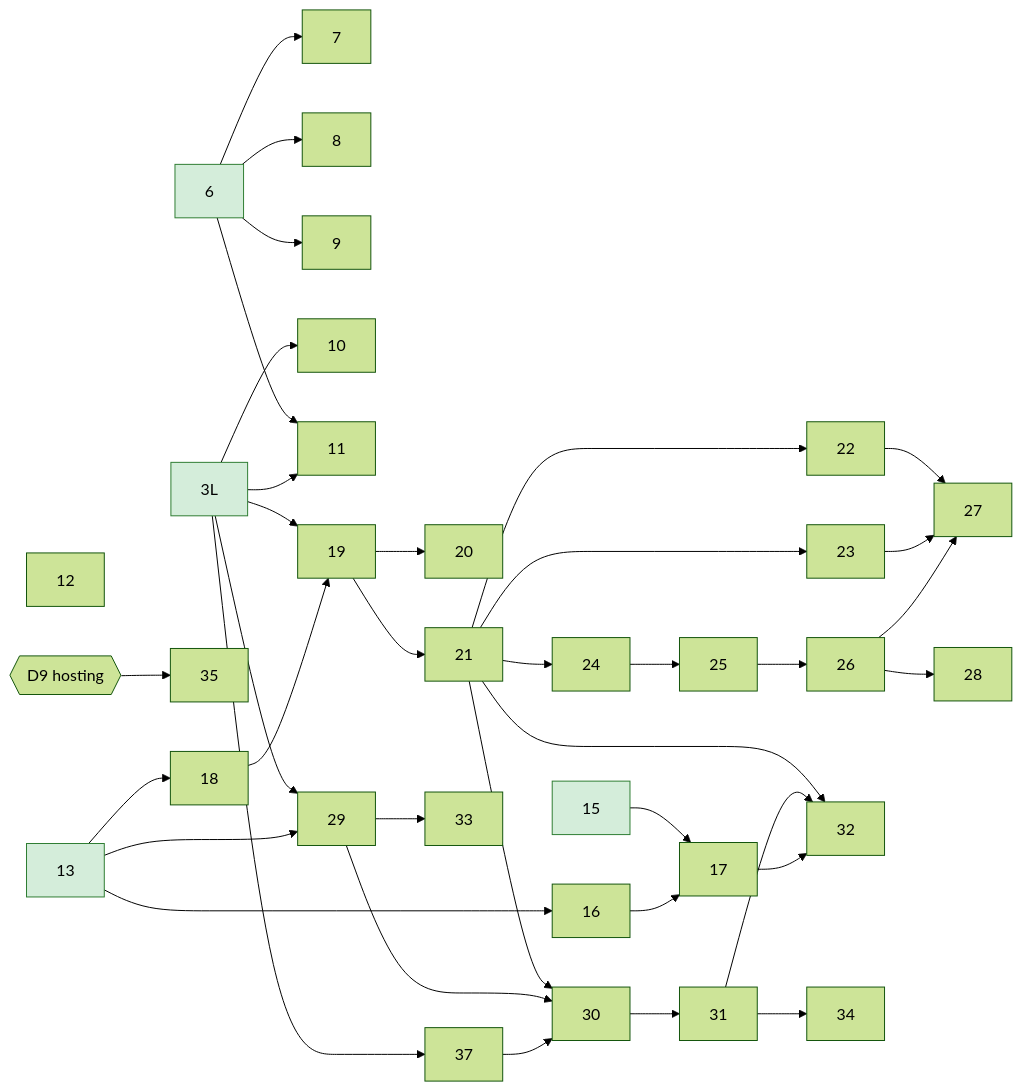
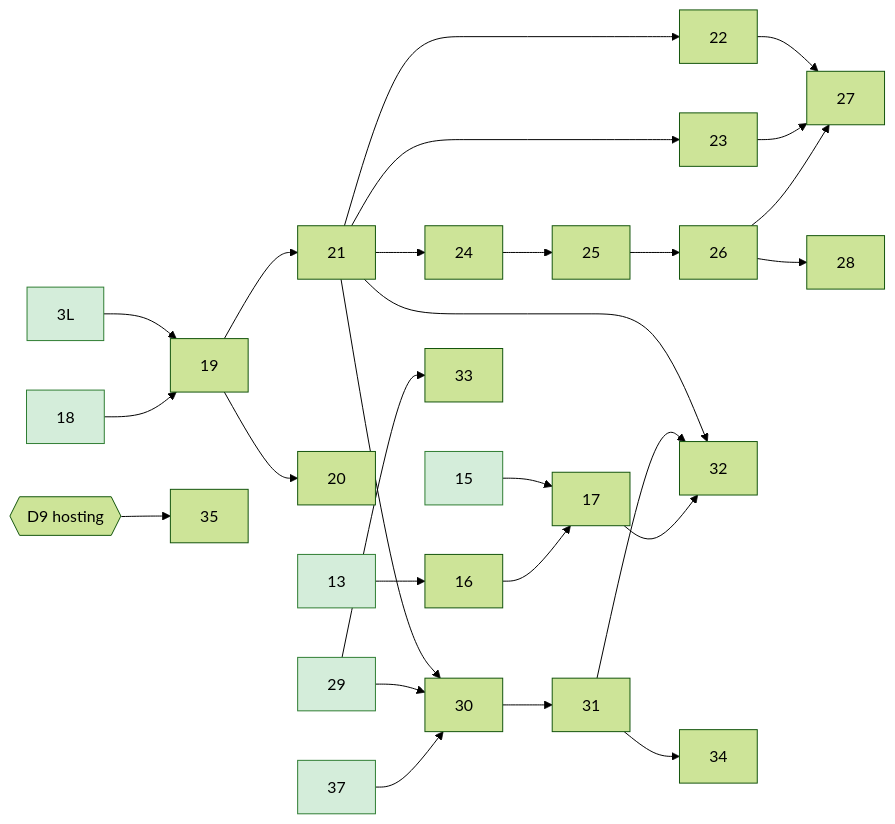
Before and after one commit to natancamenzind/archivum-buczkovianum: the diagram in docs/plan.md, drawn with Mermaid (forest theme). The commit also changed other lines of this file, not shown here.

````diff
--- a/docs/plan.md
+++ b/docs/plan.md
@@ -134,23 +146,20 @@
 ```mermaid
 graph LR
   classDef done fill:#d4edda,stroke:#2e7d32
-  6 --> 7 & 8 & 9 & 11
-  3L --> 10 & 11 & 37 & 19 & 29
-  12
-  13 --> 16 & 18 & 29
+  13 --> 16
+  3L & 18 --> 19
   15 --> 17
   16 --> 17
-  18 --> 19
   19 --> 20 & 21
   21 --> 22 & 23 & 24 & 30 & 32
   24 --> 25 --> 26
   22 & 23 & 26 --> 27
   26 --> 28
   29 --> 30 & 33
   37 --> 30
   30 --> 31
   31 --> 32 & 34
   17 --> 32
   D9{{D9 hosting}} --> 35
-  class 3L,6,13,15 done
+  class 3L,13,15,18,29,37 done
 ```
````
